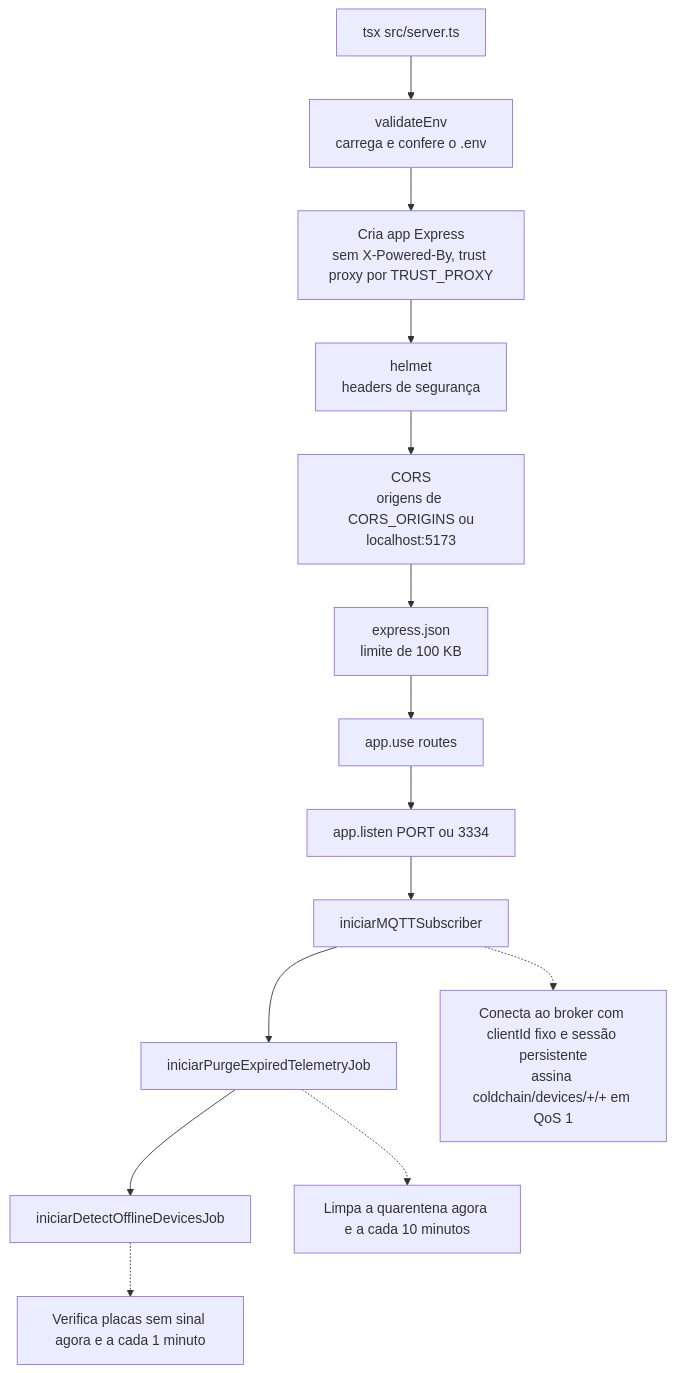
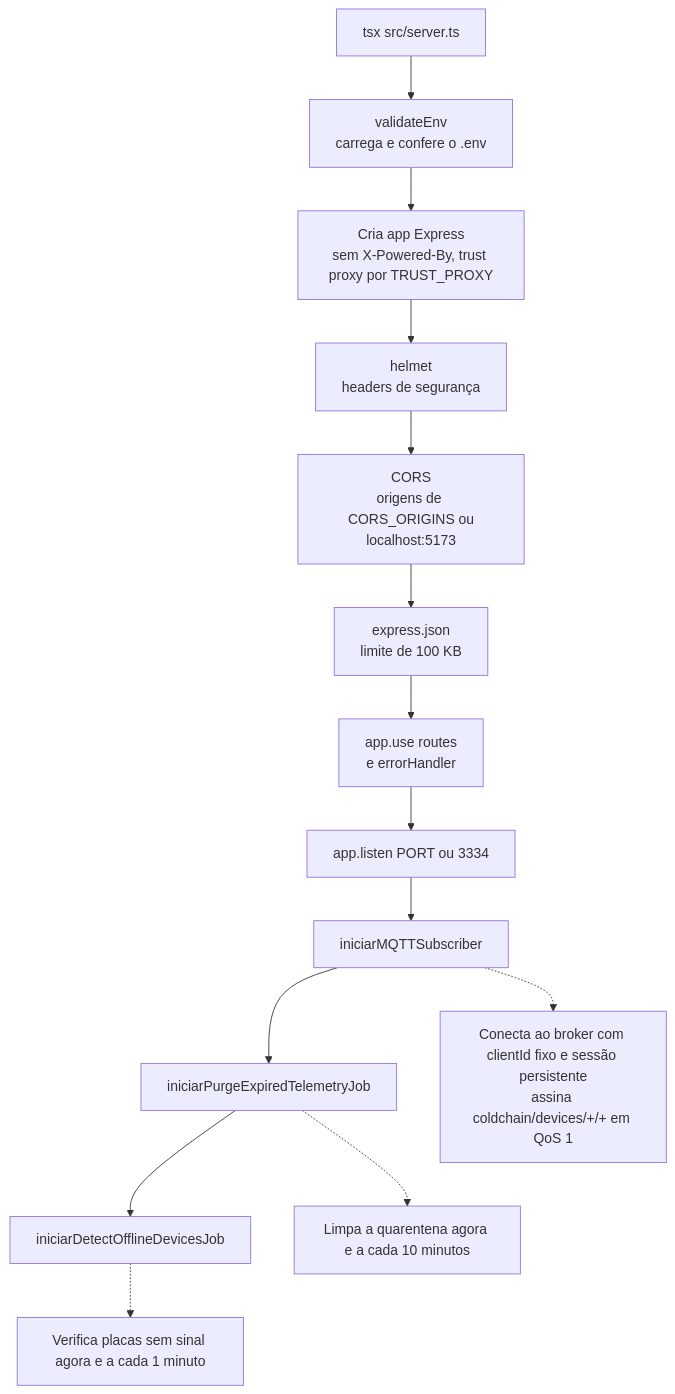
The second of 3 diagrams in docs/api/01-arquitetura.md (adreeanb/ColdChain), drawn with Mermaid before and after one commit. The commit also changed other lines of this file and 60 other files, not shown here.

````diff
--- a/docs/api/01-arquitetura.md
+++ b/docs/api/01-arquitetura.md
@@ -64,16 +66,16 @@
 ```mermaid
 flowchart TD
     A[tsx src/server.ts] --> V[validateEnv<br/>carrega e confere o .env]
     V --> B[Cria app Express<br/>sem X-Powered-By, trust proxy por TRUST_PROXY]
     B --> HM[helmet<br/>headers de segurança]
     HM --> C[CORS<br/>origens de CORS_ORIGINS ou<br/>localhost:5173]
     C --> D[express.json<br/>limite de 100 KB]
-    D --> E[app.use routes]
+    D --> E[app.use routes<br/>e errorHandler]
     E --> F[app.listen PORT ou 3334]
     F --> G[iniciarMQTTSubscriber]
     G --> H[iniciarPurgeExpiredTelemetryJob]
     H --> I[iniciarDetectOfflineDevicesJob]
     G -.-> G1[Conecta ao broker com clientId fixo e sessão persistente<br/>assina coldchain/devices/+/+ em QoS 1]
     H -.-> H1[Limpa a quarentena agora e a cada 10 minutos]
     I -.-> I1[Verifica placas sem sinal agora e a cada 1 minuto]
 ```
````
